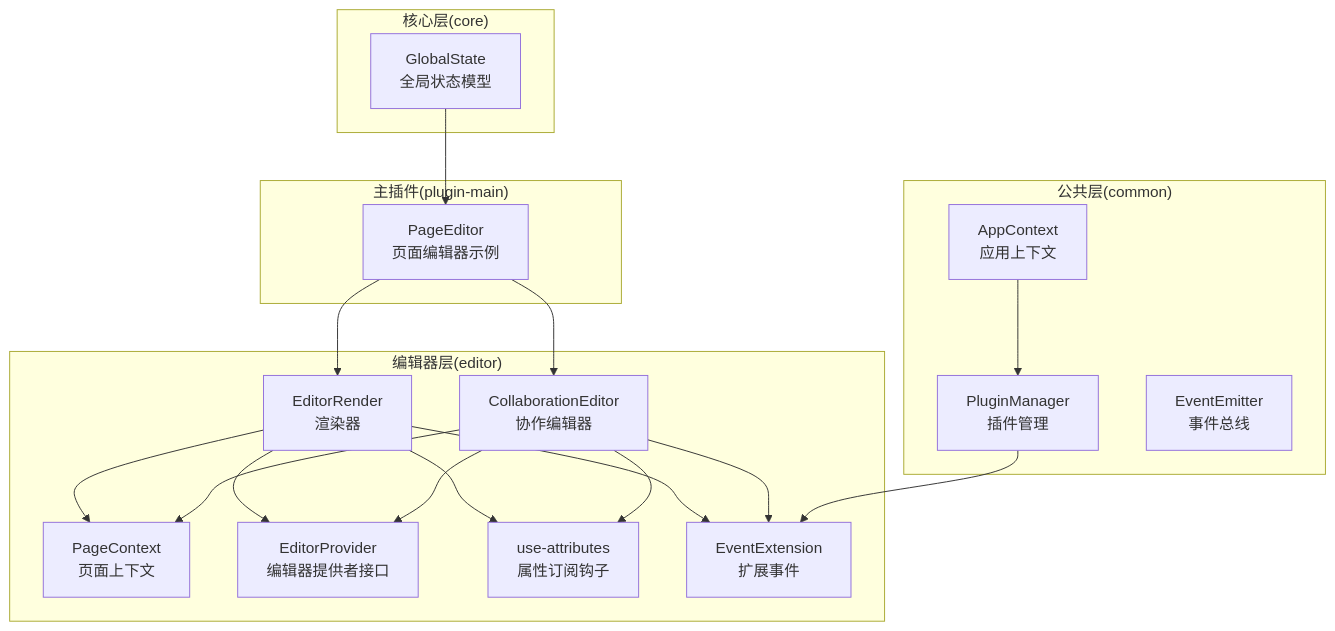
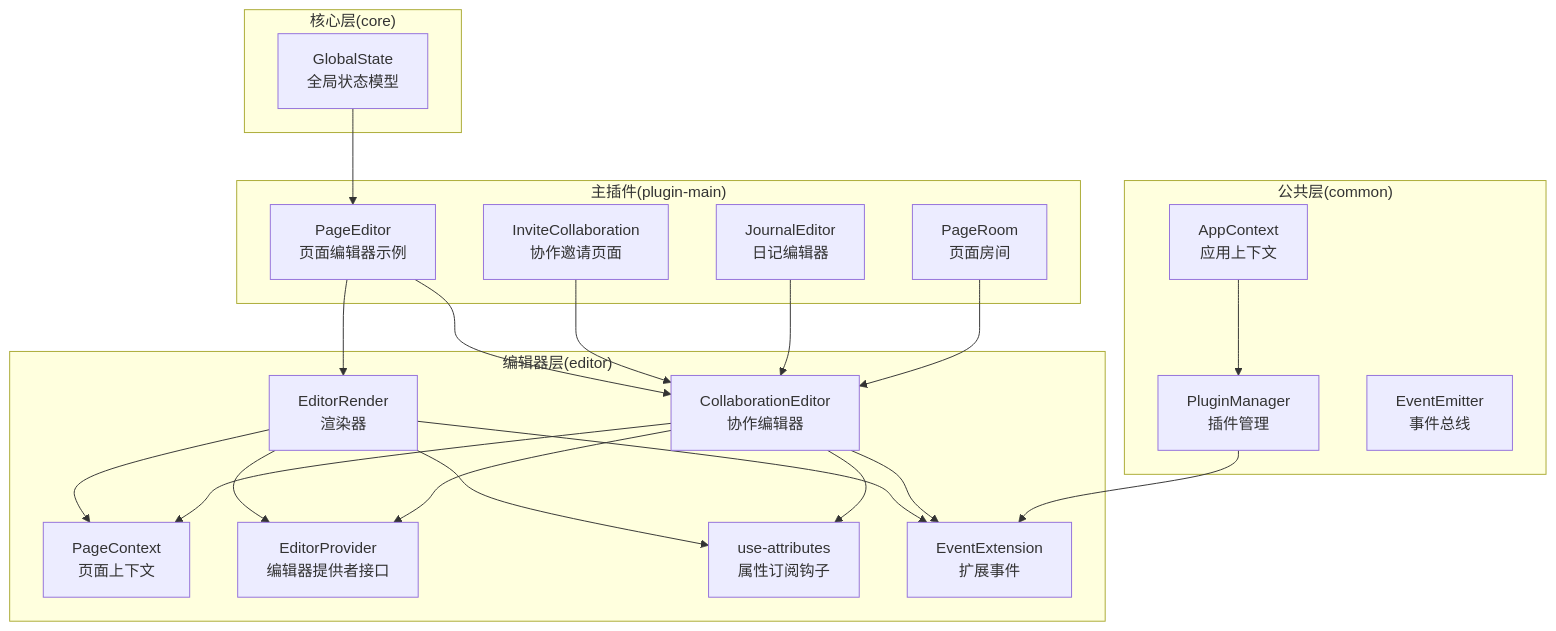
Before and after one commit to LRF0422/Kotion: the first of 11 diagrams in .qoder/repowiki/zh/content/核心模块/编辑器核心内核/编辑器上下文管理.md, drawn with Mermaid. The commit also changed other lines of this file and 75 other files, not shown here.

````diff
--- a/.qoder/repowiki/zh/content/核心模块/编辑器核心内核/编辑器上下文管理.md
+++ b/.qoder/repowiki/zh/content/核心模块/编辑器核心内核/编辑器上下文管理.md
@@ -47,35 +62,41 @@
 ```mermaid
 graph TB
 subgraph "公共层(common)"
 AC["AppContext<br/>应用上下文"]
 PM["PluginManager<br/>插件管理"]
 EE["EventEmitter<br/>事件总线"]
 end
 subgraph "核心层(core)"
 GS["GlobalState<br/>全局状态模型"]
 end
 subgraph "编辑器层(editor)"
 PCtx["PageContext<br/>页面上下文"]
 EProv["EditorProvider<br/>编辑器提供者接口"]
 ER["EditorRender<br/>渲染器"]
 CE["CollaborationEditor<br/>协作编辑器"]
 UA["use-attributes<br/>属性订阅钩子"]
 EXE["EventExtension<br/>扩展事件"]
 end
 subgraph "主插件(plugin-main)"
 PE["PageEditor<br/>页面编辑器示例"]
+ICE["InviteCollaboration<br/>协作邀请页面"]
+JE["JournalEditor<br/>日记编辑器"]
+PR["PageRoom<br/>页面房间"]
 end
 PE --> ER
 PE --> CE
+ICE --> CE
+JE --> CE
+PR --> CE
 ER --> PCtx
 CE --> PCtx
 ER --> EProv
 CE --> EProv
 ER --> UA
 CE --> UA
 ER --> EXE
 CE --> EXE
 AC --> PM
 PM --> EXE
 GS --> PE
 ```
````
